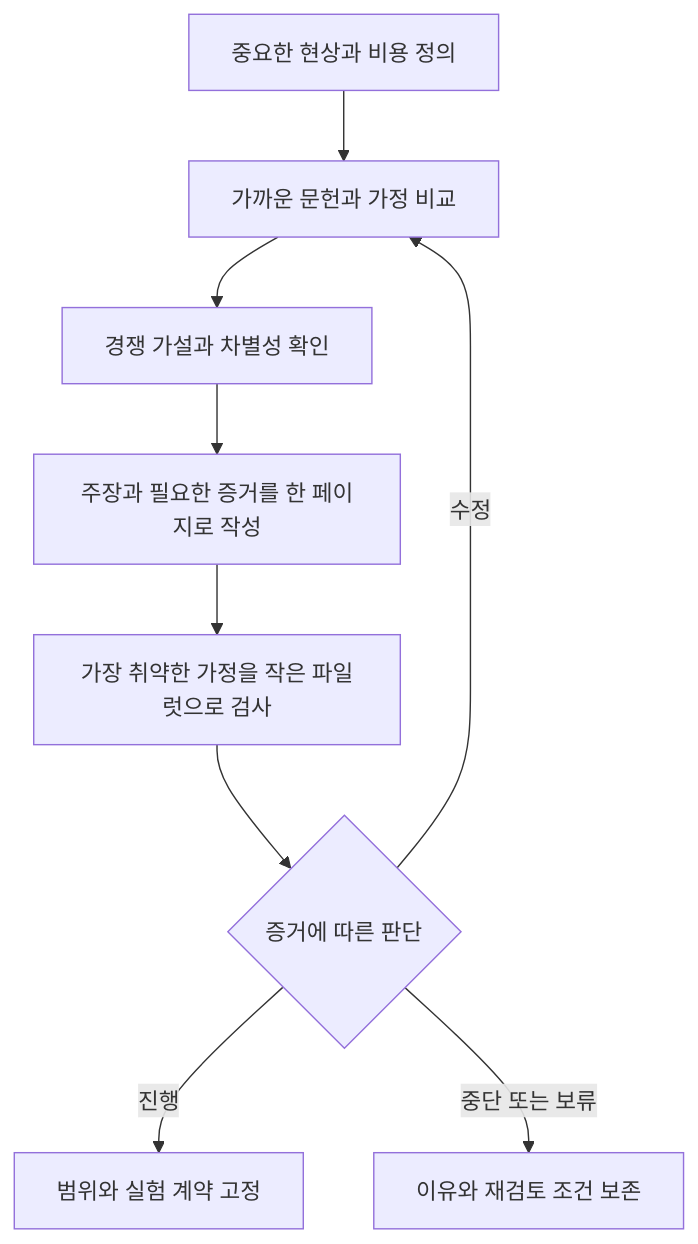
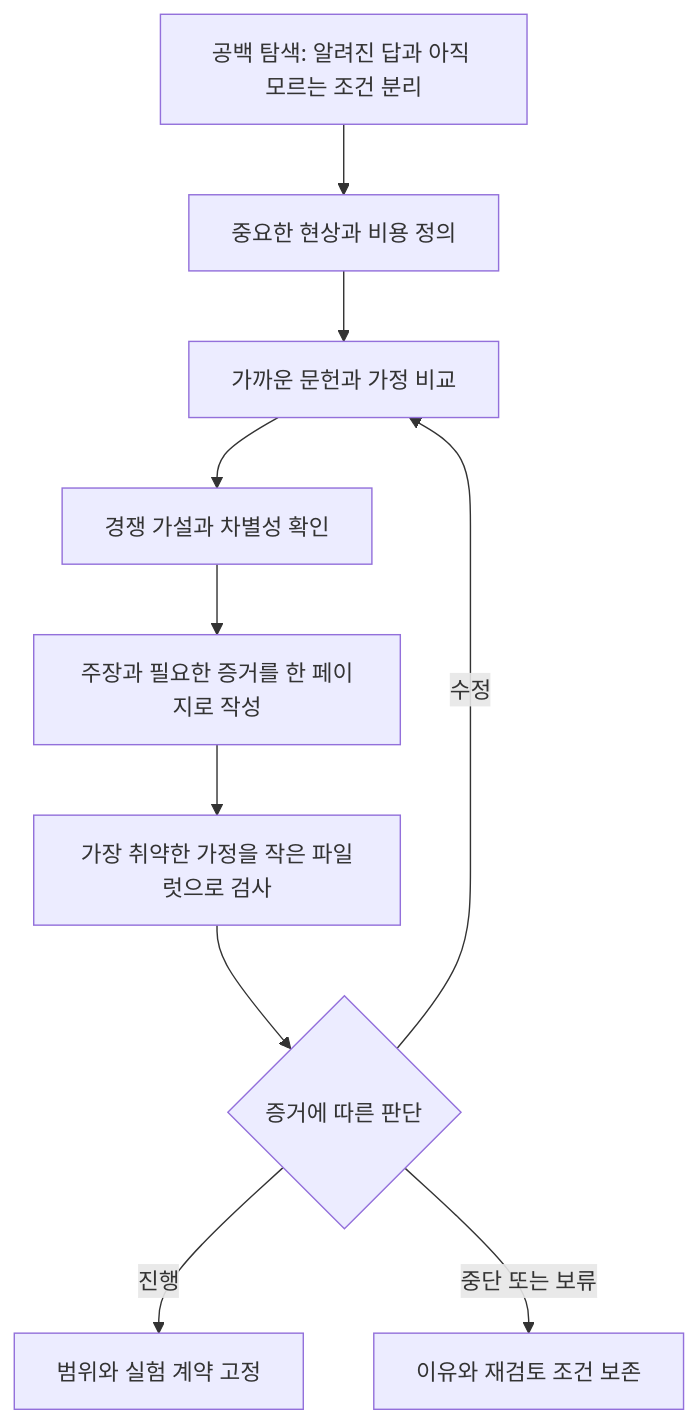
The diagram in research/IDEA_BUILDUP_GUIDE.md (Kim-Yoo-Hyun/PaperReview), drawn with Mermaid before and after one commit. The commit also changed other lines of this file and 1579 other files, not shown here.

````diff
--- a/research/IDEA_BUILDUP_GUIDE.md
+++ b/research/IDEA_BUILDUP_GUIDE.md
@@ -121,11 +197,12 @@
 ```mermaid
 flowchart TD
+    Z[공백 탐색: 알려진 답과 아직 모르는 조건 분리] --> A
     A[중요한 현상과 비용 정의] --> B[가까운 문헌과 가정 비교]
     B --> C[경쟁 가설과 차별성 확인]
     C --> D[주장과 필요한 증거를 한 페이지로 작성]
     D --> E[가장 취약한 가정을 작은 파일럿으로 검사]
     E --> F{증거에 따른 판단}
     F -->|진행| G[범위와 실험 계약 고정]
     F -->|수정| B
     F -->|중단 또는 보류| H[이유와 재검토 조건 보존]
 ```
````
